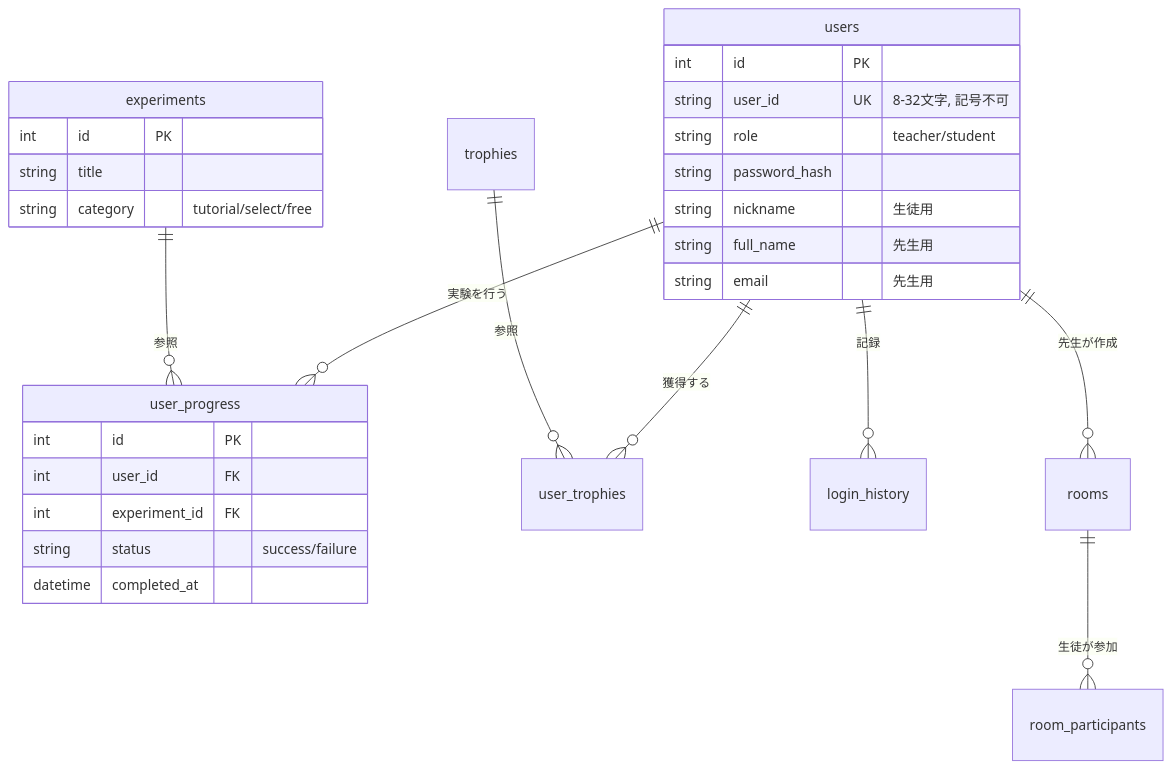
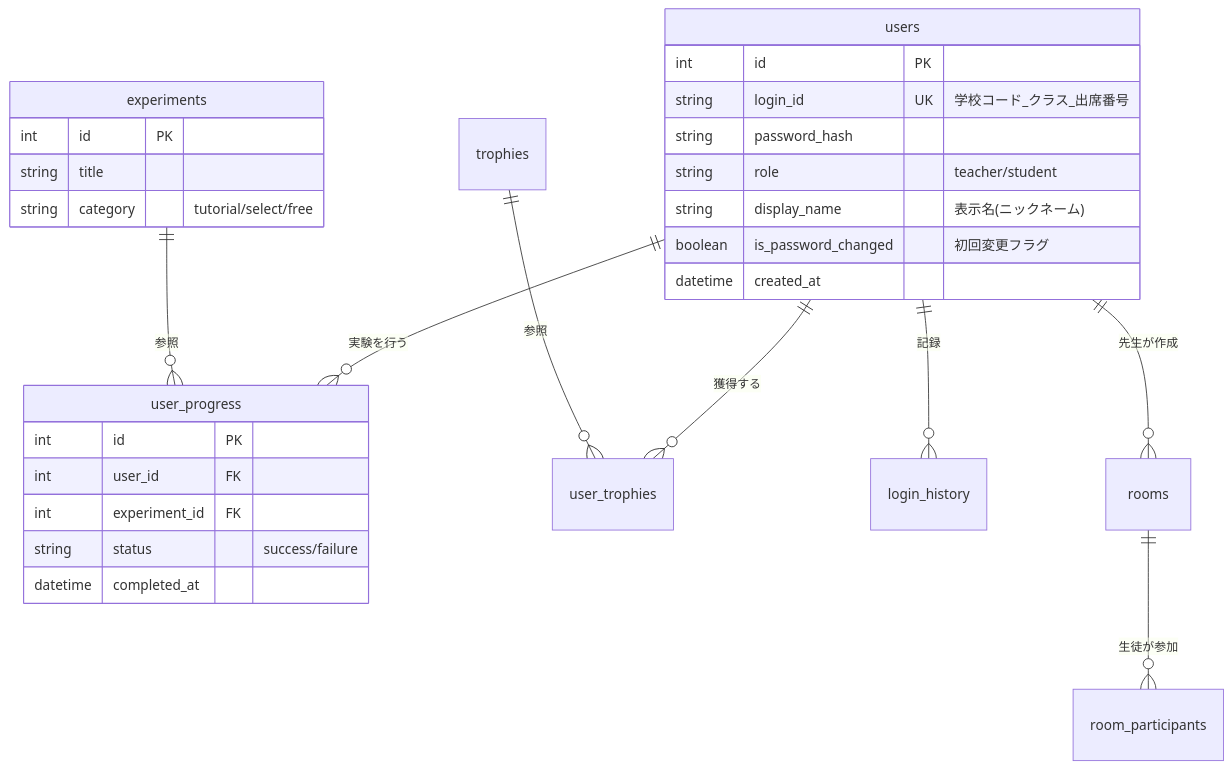
Before and after one commit to phant890516/VCL: the diagram in database_design.md, drawn with Mermaid. The commit also changed other lines of this file and 19 other files, not shown here.

````diff
--- a/database_design.md
+++ b/database_design.md
@@ -11,35 +11,35 @@
 ```mermaid
 erDiagram
     users ||--o{ user_progress : "実験を行う"
     users ||--o{ user_trophies : "獲得する"
     users ||--o{ login_history : "記録"
     users ||--o{ rooms : "先生が作成"
     rooms ||--o{ room_participants : "生徒が参加"
 
     experiments ||--o{ user_progress : "参照"
     trophies ||--o{ user_trophies : "参照"
 
     users {
         int id PK
-        string user_id UK "8-32文字, 記号不可"
+        string login_id UK "学校コード_クラス_出席番号"
+        string password_hash
         string role "teacher/student"
-        string password_hash
-        string nickname "生徒用"
-        string full_name "先生用"
-        string email "先生用"
+        string display_name "表示名(ニックネーム)"
+        boolean is_password_changed "初回変更フラグ"
+        datetime created_at
     }
 
     experiments {
         int id PK
         string title
         string category "tutorial/select/free"
     }
 
     user_progress {
         int id PK
         int user_id FK
         int experiment_id FK
         string status "success/failure"
         datetime completed_at
     }
 ```
````
